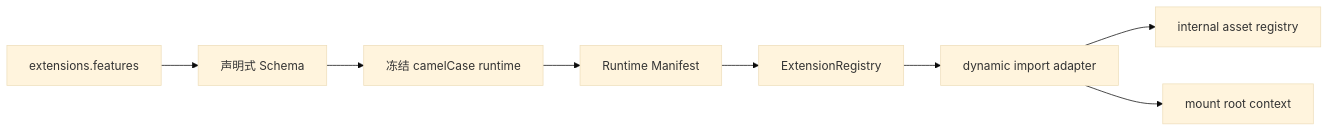
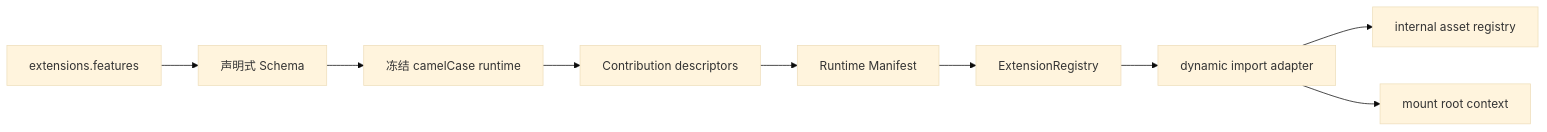
Before and after one commit to xaoxuu/hexo-theme-stellar: the diagram in docs/knowledge/07-外部集成/plugin-system.md, drawn with Mermaid (base theme). The commit also changed other lines of this file and 25 other files, not shown here.

````diff
--- a/docs/knowledge/07-外部集成/plugin-system.md
+++ b/docs/knowledge/07-外部集成/plugin-system.md
@@ -88,10 +92,11 @@
 ```mermaid
 flowchart LR
   A[extensions.features] --> B[声明式 Schema]
   B --> C[冻结 camelCase runtime]
-  C --> D[Runtime Manifest]
-  D --> E[ExtensionRegistry]
-  E --> F[dynamic import adapter]
-  F --> G[internal asset registry]
-  F --> H[mount root context]
+  C --> D[Contribution descriptors]
+  D --> E[Runtime Manifest]
+  E --> F[ExtensionRegistry]
+  F --> G[dynamic import adapter]
+  G --> H[internal asset registry]
+  G --> I[mount root context]
 ```
````
